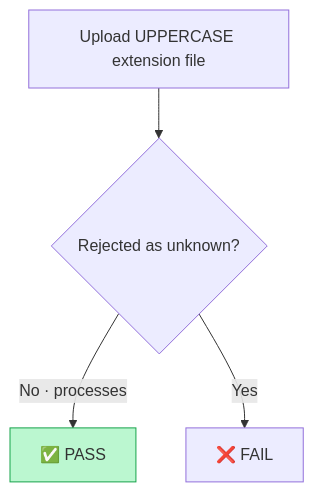
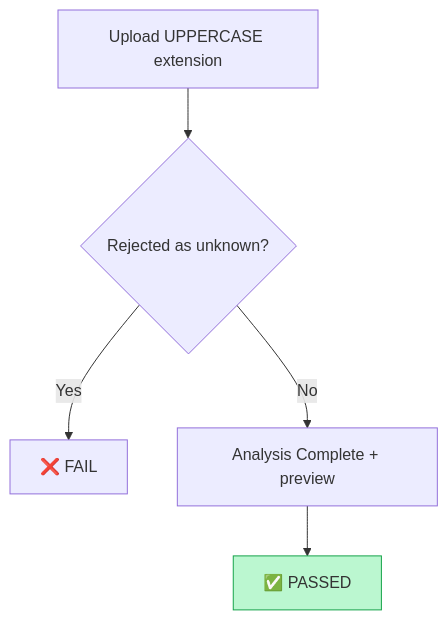
Before and after one commit to GeoWGS84-Testing/Mrsid-Extension: diagram 13 of 38 in README.md, drawn with Mermaid. The commit also changed other lines of this file, not shown here.

````diff
--- a/README.md
+++ b/README.md
@@ -429,8 +459,8 @@
 ```mermaid
 flowchart TD
-  A[Upload UPPERCASE extension file] --> B{Rejected as unknown?}
-  B -->|No · processes| P[✅ PASS]
+  A[Upload UPPERCASE extension] --> B{Rejected as unknown?}
   B -->|Yes| X[❌ FAIL]
-
+  B -->|No| C[Analysis Complete + preview]
+  C --> P[✅ PASSED]
   style P fill:#bbf7d0,stroke:#16a34a
 ```
````
